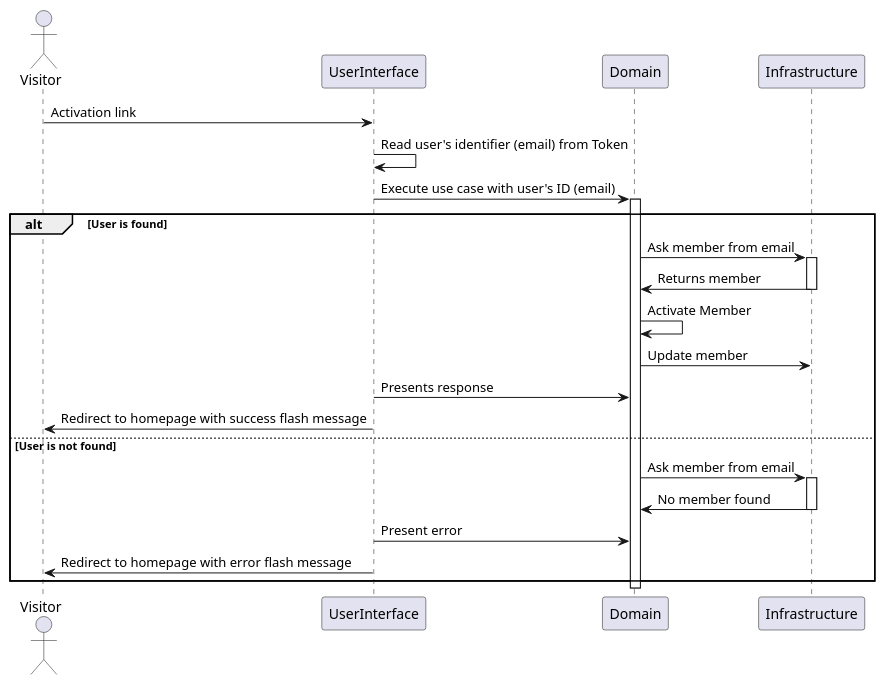
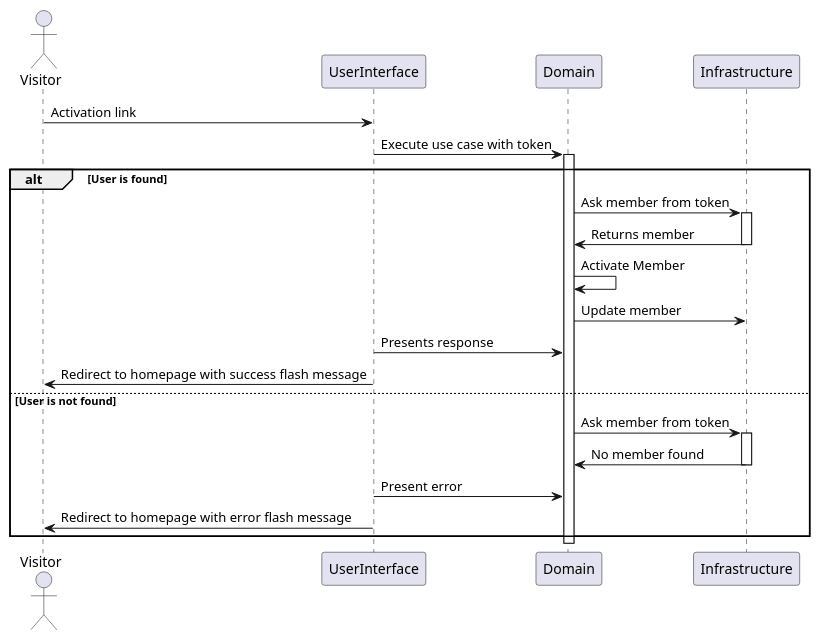
One commit to AlexandreGerault/p6_snowtricks changed the diagram in doc/diagramms/sequences/AccountActivation.puml. Above: the diagram before and after it, drawn with PlantUML. The commit also changed 7 other files, not shown here.

```diff
--- a/doc/diagramms/sequences/AccountActivation.puml
+++ b/doc/diagramms/sequences/AccountActivation.puml
@@ -1,32 +1,31 @@
 @startuml
 'https://plantuml.com/sequence-diagram
 
 actor Visitor
 
 Visitor -> UserInterface: Activation link
-UserInterface -> UserInterface: Read user's identifier (email) from Token
-UserInterface -> Domain: Execute use case with user's ID (email)
+UserInterface -> Domain: Execute use case with token
 activate Domain
     alt User is found
-        Domain -> Infrastructure: Ask member from email
+        Domain -> Infrastructure: Ask member from token
         activate Infrastructure
         Infrastructure -> Domain: Returns member
         deactivate Infrastructure
 
         Domain -> Domain: Activate Member
 
         Domain -> Infrastructure: Update member
         UserInterface -> Domain: Presents response
         UserInterface -> Visitor: Redirect to homepage with success flash message
     else User is not found
-        Domain -> Infrastructure: Ask member from email
+        Domain -> Infrastructure: Ask member from token
         activate Infrastructure
         Infrastructure -> Domain: No member found
         deactivate Infrastructure
 
         UserInterface -> Domain: Present error
 
         UserInterface -> Visitor: Redirect to homepage with error flash message
     end
 deactivate Domain
 @enduml
```
